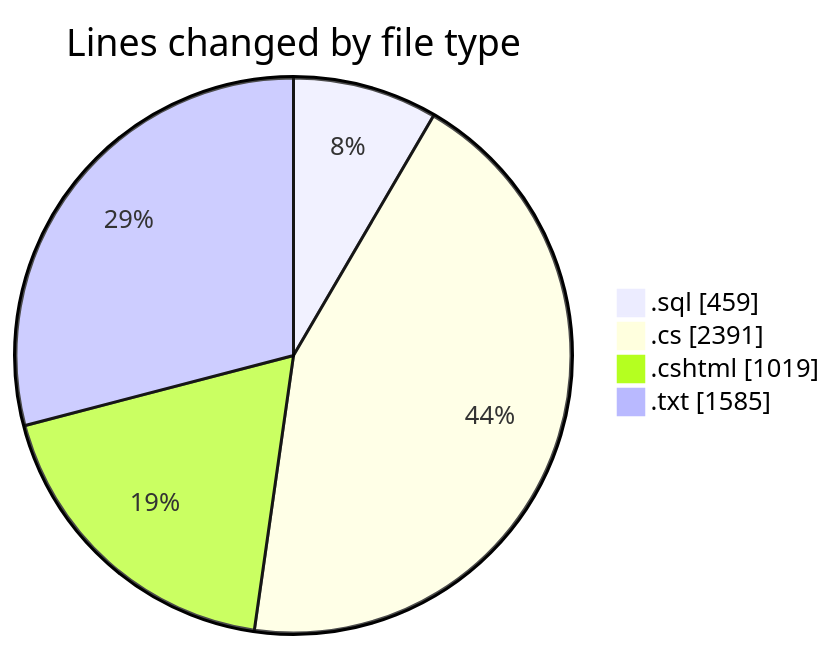
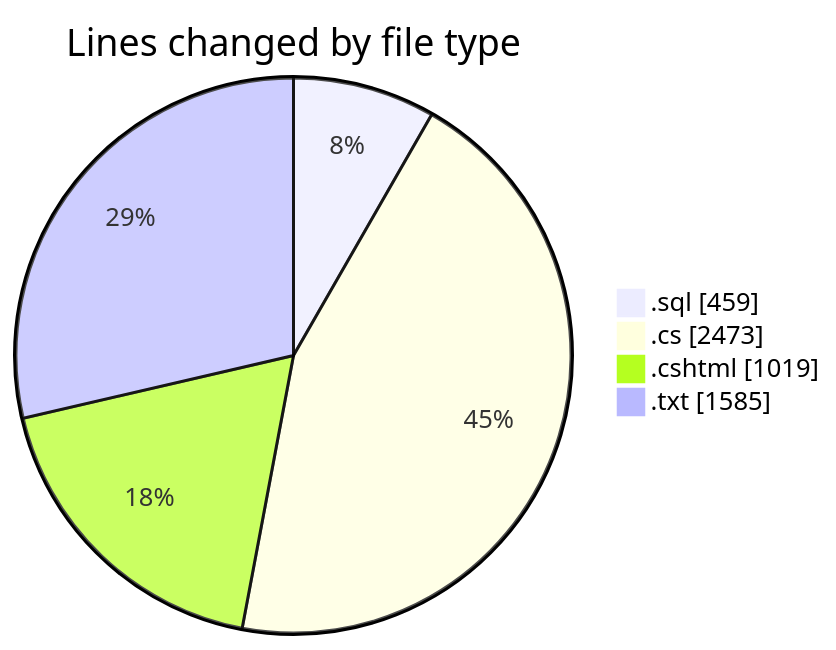
One commit to lephambinh05/code-tracking changed the first of 2 diagrams in 2025-07-23/quanlyrapchieuphim/README.md. Above: the diagram before and after it, drawn with Mermaid. The commit also changed other lines of this file and 1 other file, not shown here.

````diff
--- a/2025-07-23/quanlyrapchieuphim/README.md
+++ b/2025-07-23/quanlyrapchieuphim/README.md
@@ -31,8 +32,8 @@
 ```mermaid
 pie showData
 title Lines changed by file type
 ".sql" : 459
-".cs" : 2391
+".cs" : 2473
 ".cshtml" : 1019
 ".txt" : 1585
 ```
````
